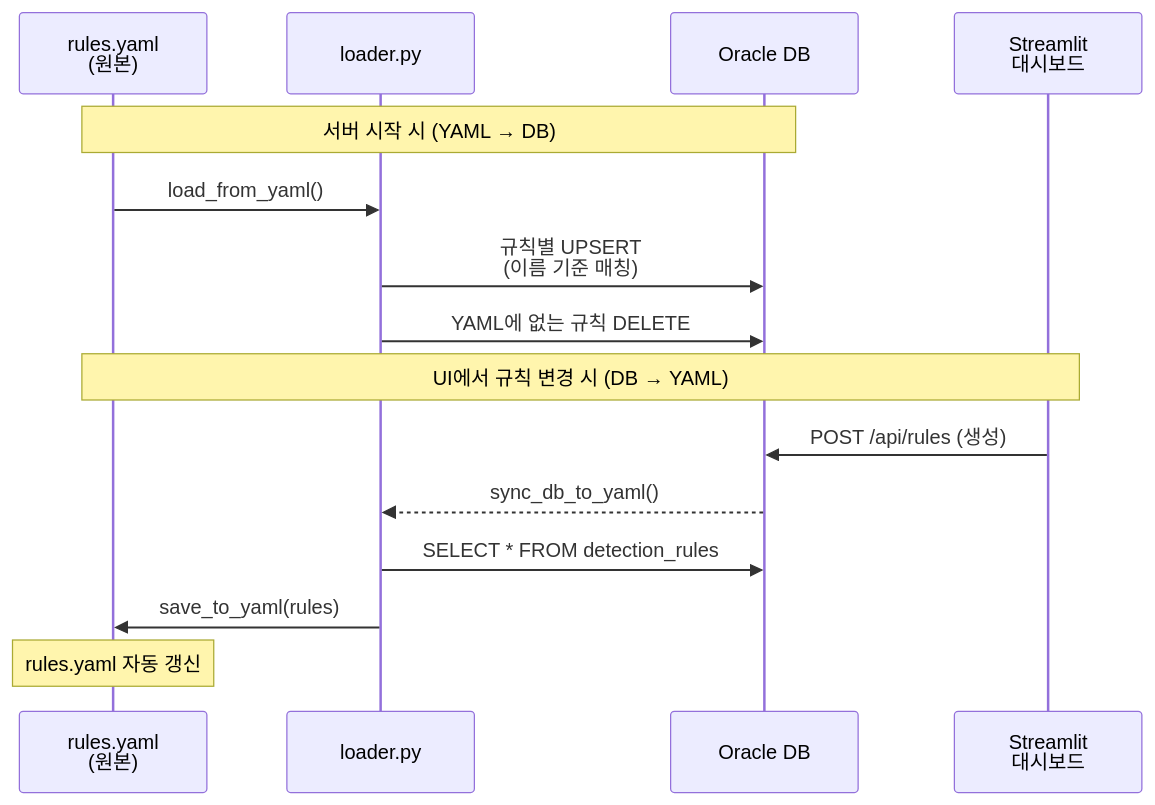
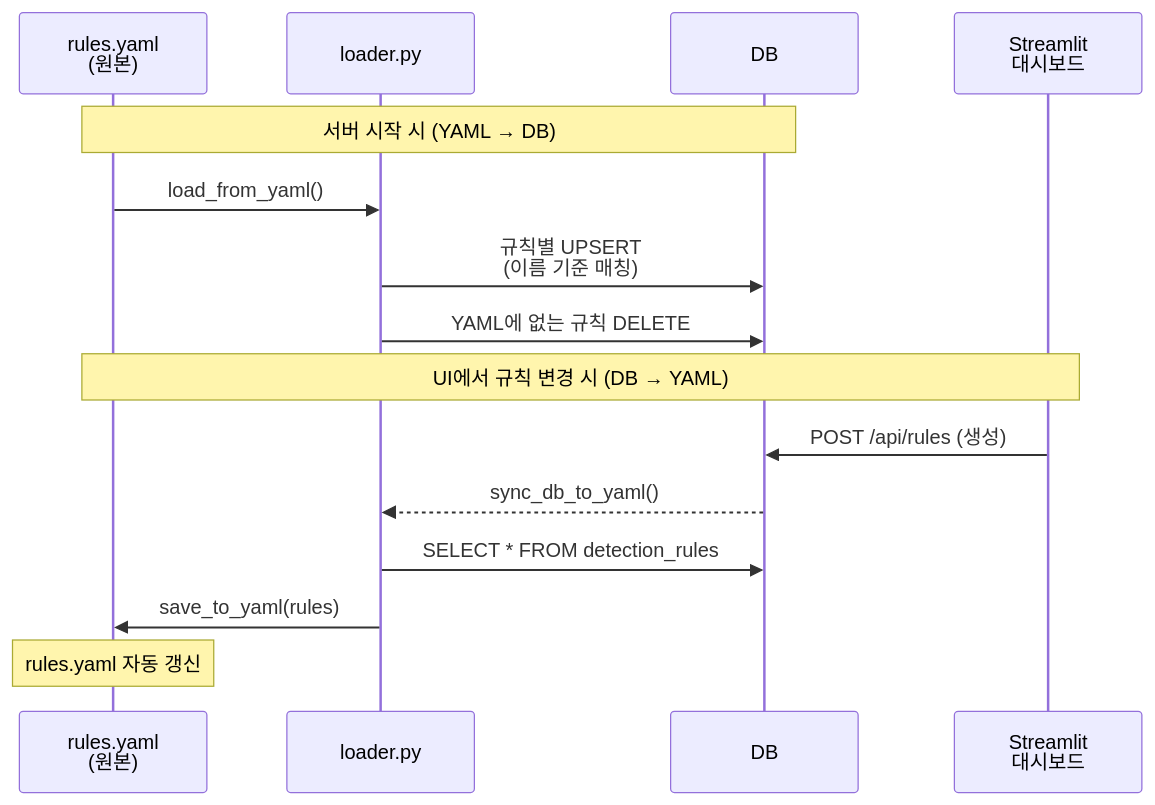
The fourth of 8 diagrams in README.md (donchoru/fab-anomaly-detection), drawn with Mermaid before and after one commit. The commit also changed other lines of this file, not shown here.

````diff
--- a/README.md
+++ b/README.md
@@ -251,19 +293,19 @@
 ```mermaid
 sequenceDiagram
     participant Y as rules.yaml<br/>(원본)
     participant L as loader.py
-    participant DB as Oracle DB
+    participant DB as DB
     participant UI as Streamlit<br/>대시보드
 
     Note over Y,DB: 서버 시작 시 (YAML → DB)
     Y->>L: load_from_yaml()
     L->>DB: 규칙별 UPSERT<br/>(이름 기준 매칭)
     L->>DB: YAML에 없는 규칙 DELETE
 
     Note over UI,Y: UI에서 규칙 변경 시 (DB → YAML)
     UI->>DB: POST /api/rules (생성)
     DB-->>L: sync_db_to_yaml()
     L->>DB: SELECT * FROM detection_rules
     L->>Y: save_to_yaml(rules)
     Note over Y: rules.yaml 자동 갱신
 ```
````
